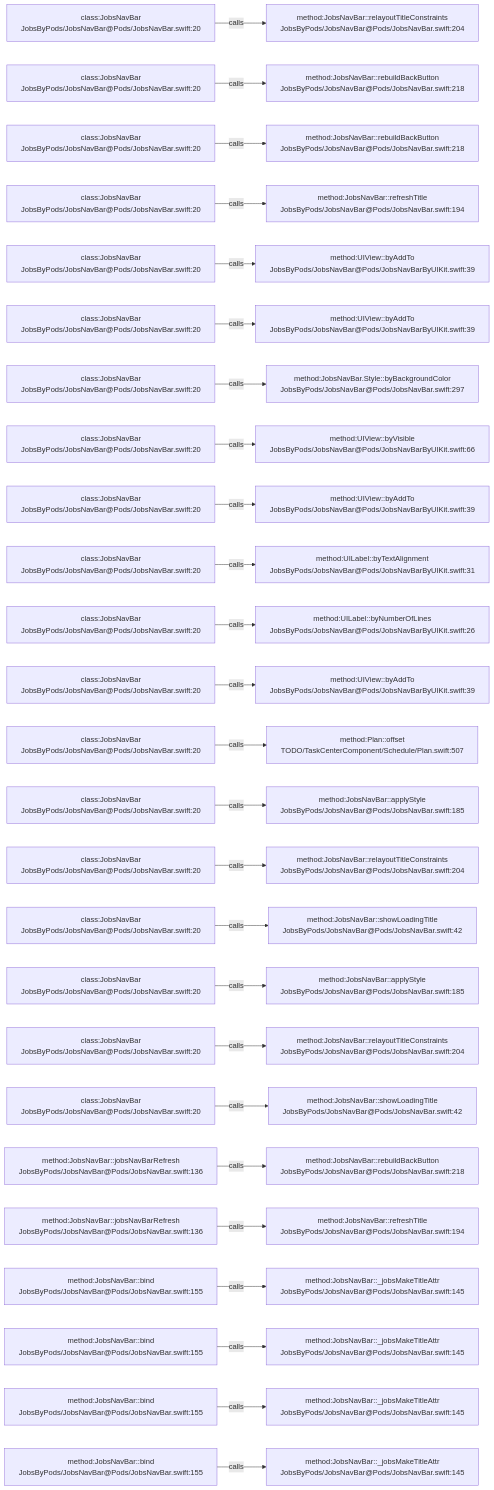
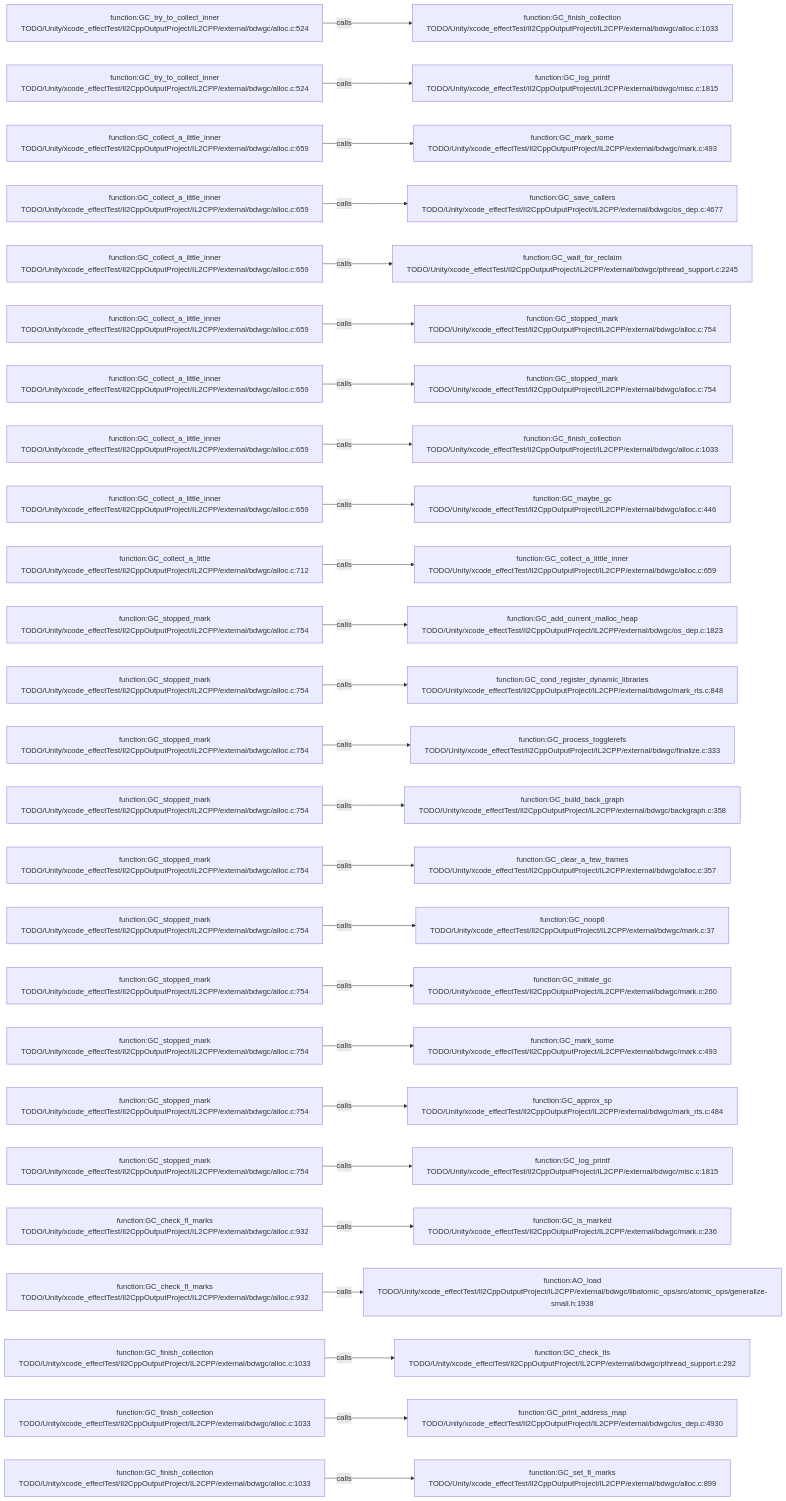
Before and after one commit to JobsKits/JobsSwiftBaseConfigDemo: the diagram in .codegraph/codegraph.md/graphs/calls-145.md, drawn with Mermaid. The commit also changed 569 other files, not shown here.

````diff
--- a/.codegraph/codegraph.md/graphs/calls-145.md
+++ b/.codegraph/codegraph.md/graphs/calls-145.md
@@ -13,78 +13,78 @@
 ```mermaid
 flowchart LR
-  S1["class:JobsNavBar<br/>JobsByPods/JobsNavBar@Pods/JobsNavBar.swift:20"]
-  T1["method:JobsNavBar::relayoutTitleConstraints<br/>JobsByPods/JobsNavBar@Pods/JobsNavBar.swift:204"]
+  S1["function:GC_try_to_collect_inner<br/>TODO/Unity/xcode_effectTest/Il2CppOutputProject/IL2CPP/external/bdwgc/alloc.c:524"]
+  T1["function:GC_finish_collection<br/>TODO/Unity/xcode_effectTest/Il2CppOutputProject/IL2CPP/external/bdwgc/alloc.c:1033"]
   S1 -->|calls| T1
-  S2["class:JobsNavBar<br/>JobsByPods/JobsNavBar@Pods/JobsNavBar.swift:20"]
-  T2["method:JobsNavBar::rebuildBackButton<br/>JobsByPods/JobsNavBar@Pods/JobsNavBar.swift:218"]
+  S2["function:GC_try_to_collect_inner<br/>TODO/Unity/xcode_effectTest/Il2CppOutputProject/IL2CPP/external/bdwgc/alloc.c:524"]
+  T2["function:GC_log_printf<br/>TODO/Unity/xcode_effectTest/Il2CppOutputProject/IL2CPP/external/bdwgc/misc.c:1815"]
   S2 -->|calls| T2
-  S3["class:JobsNavBar<br/>JobsByPods/JobsNavBar@Pods/JobsNavBar.swift:20"]
-  T3["method:JobsNavBar::rebuildBackButton<br/>JobsByPods/JobsNavBar@Pods/JobsNavBar.swift:218"]
+  S3["function:GC_collect_a_little_inner<br/>TODO/Unity/xcode_effectTest/Il2CppOutputProject/IL2CPP/external/bdwgc/alloc.c:659"]
+  T3["function:GC_mark_some<br/>TODO/Unity/xcode_effectTest/Il2CppOutputProject/IL2CPP/external/bdwgc/mark.c:493"]
   S3 -->|calls| T3
-  S4["class:JobsNavBar<br/>JobsByPods/JobsNavBar@Pods/JobsNavBar.swift:20"]
-  T4["method:JobsNavBar::refreshTitle<br/>JobsByPods/JobsNavBar@Pods/JobsNavBar.swift:194"]
+  S4["function:GC_collect_a_little_inner<br/>TODO/Unity/xcode_effectTest/Il2CppOutputProject/IL2CPP/external/bdwgc/alloc.c:659"]
+  T4["function:GC_save_callers<br/>TODO/Unity/xcode_effectTest/Il2CppOutputProject/IL2CPP/external/bdwgc/os_dep.c:4677"]
   S4 -->|calls| T4
-  S5["class:JobsNavBar<br/>JobsByPods/JobsNavBar@Pods/JobsNavBar.swift:20"]
-  T5["method:UIView::byAddTo<br/>JobsByPods/JobsNavBar@Pods/JobsNavBarByUIKit.swift:39"]
+  S5["function:GC_collect_a_little_inner<br/>TODO/Unity/xcode_effectTest/Il2CppOutputProject/IL2CPP/external/bdwgc/alloc.c:659"]
+  T5["function:GC_wait_for_reclaim<br/>TODO/Unity/xcode_effectTest/Il2CppOutputProject/IL2CPP/external/bdwgc/pthread_support.c:2245"]
   S5 -->|calls| T5
-  S6["class:JobsNavBar<br/>JobsByPods/JobsNavBar@Pods/JobsNavBar.swift:20"]
-  T6["method:UIView::byAddTo<br/>JobsByPods/JobsNavBar@Pods/JobsNavBarByUIKit.swift:39"]
+  S6["function:GC_collect_a_little_inner<br/>TODO/Unity/xcode_effectTest/Il2CppOutputProject/IL2CPP/external/bdwgc/alloc.c:659"]
+  T6["function:GC_stopped_mark<br/>TODO/Unity/xcode_effectTest/Il2CppOutputProject/IL2CPP/external/bdwgc/alloc.c:754"]
   S6 -->|calls| T6
-  S7["class:JobsNavBar<br/>JobsByPods/JobsNavBar@Pods/JobsNavBar.swift:20"]
-  T7["method:JobsNavBar.Style::byBackgroundColor<br/>JobsByPods/JobsNavBar@Pods/JobsNavBar.swift:297"]
+  S7["function:GC_collect_a_little_inner<br/>TODO/Unity/xcode_effectTest/Il2CppOutputProject/IL2CPP/external/bdwgc/alloc.c:659"]
+  T7["function:GC_stopped_mark<br/>TODO/Unity/xcode_effectTest/Il2CppOutputProject/IL2CPP/external/bdwgc/alloc.c:754"]
   S7 -->|calls| T7
-  S8["class:JobsNavBar<br/>JobsByPods/JobsNavBar@Pods/JobsNavBar.swift:20"]
-  T8["method:UIView::byVisible<br/>JobsByPods/JobsNavBar@Pods/JobsNavBarByUIKit.swift:66"]
+  S8["function:GC_collect_a_little_inner<br/>TODO/Unity/xcode_effectTest/Il2CppOutputProject/IL2CPP/external/bdwgc/alloc.c:659"]
+  T8["function:GC_finish_collection<br/>TODO/Unity/xcode_effectTest/Il2CppOutputProject/IL2CPP/external/bdwgc/alloc.c:1033"]
   S8 -->|calls| T8
-  S9["class:JobsNavBar<br/>JobsByPods/JobsNavBar@Pods/JobsNavBar.swift:20"]
-  T9["method:UIView::byAddTo<br/>JobsByPods/JobsNavBar@Pods/JobsNavBarByUIKit.swift:39"]
+  S9["function:GC_collect_a_little_inner<br/>TODO/Unity/xcode_effectTest/Il2CppOutputProject/IL2CPP/external/bdwgc/alloc.c:659"]
+  T9["function:GC_maybe_gc<br/>TODO/Unity/xcode_effectTest/Il2CppOutputProject/IL2CPP/external/bdwgc/alloc.c:446"]
   S9 -->|calls| T9
-  S10["class:JobsNavBar<br/>JobsByPods/JobsNavBar@Pods/JobsNavBar.swift:20"]
-  T10["method:UILabel::byTextAlignment<br/>JobsByPods/JobsNavBar@Pods/JobsNavBarByUIKit.swift:31"]
+  S10["function:GC_collect_a_little<br/>TODO/Unity/xcode_effectTest/Il2CppOutputProject/IL2CPP/external/bdwgc/alloc.c:712"]
+  T10["function:GC_collect_a_little_inner<br/>TODO/Unity/xcode_effectTest/Il2CppOutputProject/IL2CPP/external/bdwgc/alloc.c:659"]
   S10 -->|calls| T10
-  S11["class:JobsNavBar<br/>JobsByPods/JobsNavBar@Pods/JobsNavBar.swift:20"]
-  T11["method:UILabel::byNumberOfLines<br/>JobsByPods/JobsNavBar@Pods/JobsNavBarByUIKit.swift:26"]
+  S11["function:GC_stopped_mark<br/>TODO/Unity/xcode_effectTest/Il2CppOutputProject/IL2CPP/external/bdwgc/alloc.c:754"]
+  T11["function:GC_add_current_malloc_heap<br/>TODO/Unity/xcode_effectTest/Il2CppOutputProject/IL2CPP/external/bdwgc/os_dep.c:1823"]
   S11 -->|calls| T11
-  S12["class:JobsNavBar<br/>JobsByPods/JobsNavBar@Pods/JobsNavBar.swift:20"]
-  T12["method:UIView::byAddTo<br/>JobsByPods/JobsNavBar@Pods/JobsNavBarByUIKit.swift:39"]
+  S12["function:GC_stopped_mark<br/>TODO/Unity/xcode_effectTest/Il2CppOutputProject/IL2CPP/external/bdwgc/alloc.c:754"]
+  T12["function:GC_cond_register_dynamic_libraries<br/>TODO/Unity/xcode_effectTest/Il2CppOutputProject/IL2CPP/external/bdwgc/mark_rts.c:848"]
   S12 -->|calls| T12
-  S13["class:JobsNavBar<br/>JobsByPods/JobsNavBar@Pods/JobsNavBar.swift:20"]
-  T13["method:Plan::offset<br/>TODO/TaskCenterComponent/Schedule/Plan.swift:507"]
+  S13["function:GC_stopped_mark<br/>TODO/Unity/xcode_effectTest/Il2CppOutputProject/IL2CPP/external/bdwgc/alloc.c:754"]
+  T13["function:GC_process_togglerefs<br/>TODO/Unity/xcode_effectTest/Il2CppOutputProject/IL2CPP/external/bdwgc/finalize.c:333"]
   S13 -->|calls| T13
-  S14["class:JobsNavBar<br/>JobsByPods/JobsNavBar@Pods/JobsNavBar.swift:20"]
-  T14["method:JobsNavBar::applyStyle<br/>JobsByPods/JobsNavBar@Pods/JobsNavBar.swift:185"]
+  S14["function:GC_stopped_mark<br/>TODO/Unity/xcode_effectTest/Il2CppOutputProject/IL2CPP/external/bdwgc/alloc.c:754"]
+  T14["function:GC_build_back_graph<br/>TODO/Unity/xcode_effectTest/Il2CppOutputProject/IL2CPP/external/bdwgc/backgraph.c:358"]
   S14 -->|calls| T14
-  S15["class:JobsNavBar<br/>JobsByPods/JobsNavBar@Pods/JobsNavBar.swift:20"]
-  T15["method:JobsNavBar::relayoutTitleConstraints<br/>JobsByPods/JobsNavBar@Pods/JobsNavBar.swift:204"]
+  S15["function:GC_stopped_mark<br/>TODO/Unity/xcode_effectTest/Il2CppOutputProject/IL2CPP/external/bdwgc/alloc.c:754"]
+  T15["function:GC_clear_a_few_frames<br/>TODO/Unity/xcode_effectTest/Il2CppOutputProject/IL2CPP/external/bdwgc/alloc.c:357"]
   S15 -->|calls| T15
-  S16["class:JobsNavBar<br/>JobsByPods/JobsNavBar@Pods/JobsNavBar.swift:20"]
-  T16["method:JobsNavBar::showLoadingTitle<br/>JobsByPods/JobsNavBar@Pods/JobsNavBar.swift:42"]
+  S16["function:GC_stopped_mark<br/>TODO/Unity/xcode_effectTest/Il2CppOutputProject/IL2CPP/external/bdwgc/alloc.c:754"]
+  T16["function:GC_noop6<br/>TODO/Unity/xcode_effectTest/Il2CppOutputProject/IL2CPP/external/bdwgc/mark.c:37"]
   S16 -->|calls| T16
-  S17["class:JobsNavBar<br/>JobsByPods/JobsNavBar@Pods/JobsNavBar.swift:20"]
-  T17["method:JobsNavBar::applyStyle<br/>JobsByPods/JobsNavBar@Pods/JobsNavBar.swift:185"]
+  S17["function:GC_stopped_mark<br/>TODO/Unity/xcode_effectTest/Il2CppOutputProject/IL2CPP/external/bdwgc/alloc.c:754"]
+  T17["function:GC_initiate_gc<br/>TODO/Unity/xcode_effectTest/Il2CppOutputProject/IL2CPP/external/bdwgc/mark.c:260"]
   S17 -->|calls| T17
-  S18["class:JobsNavBar<br/>JobsByPods/JobsNavBar@Pods/JobsNavBar.swift:20"]
-  T18["method:JobsNavBar::relayoutTitleConstraints<br/>JobsByPods/JobsNavBar@Pods/JobsNavBar.swift:204"]
+  S18["function:GC_stopped_mark<br/>TODO/Unity/xcode_effectTest/Il2CppOutputProject/IL2CPP/external/bdwgc/alloc.c:754"]
+  T18["function:GC_mark_some<br/>TODO/Unity/xcode_effectTest/Il2CppOutputProject/IL2CPP/external/bdwgc/mark.c:493"]
   S18 -->|calls| T18
-  S19["class:JobsNavBar<br/>JobsByPods/JobsNavBar@Pods/JobsNavBar.swift:20"]
-  T19["method:JobsNavBar::showLoadingTitle<br/>JobsByPods/JobsNavBar@Pods/JobsNavBar.swift:42"]
+  S19["function:GC_stopped_mark<br/>TODO/Unity/xcode_effectTest/Il2CppOutputProject/IL2CPP/external/bdwgc/alloc.c:754"]
+  T19["function:GC_approx_sp<br/>TODO/Unity/xcode_effectTest/Il2CppOutputProject/IL2CPP/external/bdwgc/mark_rts.c:484"]
   S19 -->|calls| T19
-  S20["method:JobsNavBar::jobsNavBarRefresh<br/>JobsByPods/JobsNavBar@Pods/JobsNavBar.swift:136"]
-  T20["method:JobsNavBar::rebuildBackButton<br/>JobsByPods/JobsNavBar@Pods/JobsNavBar.swift:218"]
+  S20["function:GC_stopped_mark<br/>TODO/Unity/xcode_effectTest/Il2CppOutputProject/IL2CPP/external/bdwgc/alloc.c:754"]
+  T20["function:GC_log_printf<br/>TODO/Unity/xcode_effectTest/Il2CppOutputProject/IL2CPP/external/bdwgc/misc.c:1815"]
   S20 -->|calls| T20
-  S21["method:JobsNavBar::jobsNavBarRefresh<br/>JobsByPods/JobsNavBar@Pods/JobsNavBar.swift:136"]
-  T21["method:JobsNavBar::refreshTitle<br/>JobsByPods/JobsNavBar@Pods/JobsNavBar.swift:194"]
+  S21["function:GC_check_fl_marks<br/>TODO/Unity/xcode_effectTest/Il2CppOutputProject/IL2CPP/external/bdwgc/alloc.c:932"]
+  T21["function:GC_is_marked<br/>TODO/Unity/xcode_effectTest/Il2CppOutputProject/IL2CPP/external/bdwgc/mark.c:236"]
   S21 -->|calls| T21
-  S22["method:JobsNavBar::bind<br/>JobsByPods/JobsNavBar@Pods/JobsNavBar.swift:155"]
-  T22["method:JobsNavBar::_jobsMakeTitleAttr<br/>JobsByPods/JobsNavBar@Pods/JobsNavBar.swift:145"]
+  S22["function:GC_check_fl_marks<br/>TODO/Unity/xcode_effectTest/Il2CppOutputProject/IL2CPP/external/bdwgc/alloc.c:932"]
+  T22["function:AO_load<br/>TODO/Unity/xcode_effectTest/Il2CppOutputProject/IL2CPP/external/bdwgc/libatomic_ops/src/atomic_ops/generalize-small.h:1938"]
   S22 -->|calls| T22
-  S23["method:JobsNavBar::bind<br/>JobsByPods/JobsNavBar@Pods/JobsNavBar.swift:155"]
-  T23["method:JobsNavBar::_jobsMakeTitleAttr<br/>JobsByPods/JobsNavBar@Pods/JobsNavBar.swift:145"]
+  S23["function:GC_finish_collection<br/>TODO/Unity/xcode_effectTest/Il2CppOutputProject/IL2CPP/external/bdwgc/alloc.c:1033"]
+  T23["function:GC_check_tls<br/>TODO/Unity/xcode_effectTest/Il2CppOutputProject/IL2CPP/external/bdwgc/pthread_support.c:292"]
   S23 -->|calls| T23
-  S24["method:JobsNavBar::bind<br/>JobsByPods/JobsNavBar@Pods/JobsNavBar.swift:155"]
-  T24["method:JobsNavBar::_jobsMakeTitleAttr<br/>JobsByPods/JobsNavBar@Pods/JobsNavBar.swift:145"]
+  S24["function:GC_finish_collection<br/>TODO/Unity/xcode_effectTest/Il2CppOutputProject/IL2CPP/external/bdwgc/alloc.c:1033"]
+  T24["function:GC_print_address_map<br/>TODO/Unity/xcode_effectTest/Il2CppOutputProject/IL2CPP/external/bdwgc/os_dep.c:4930"]
   S24 -->|calls| T24
-  S25["method:JobsNavBar::bind<br/>JobsByPods/JobsNavBar@Pods/JobsNavBar.swift:155"]
-  T25["method:JobsNavBar::_jobsMakeTitleAttr<br/>JobsByPods/JobsNavBar@Pods/JobsNavBar.swift:145"]
+  S25["function:GC_finish_collection<br/>TODO/Unity/xcode_effectTest/Il2CppOutputProject/IL2CPP/external/bdwgc/alloc.c:1033"]
+  T25["function:GC_set_fl_marks<br/>TODO/Unity/xcode_effectTest/Il2CppOutputProject/IL2CPP/external/bdwgc/alloc.c:899"]
   S25 -->|calls| T25
 ```
````
